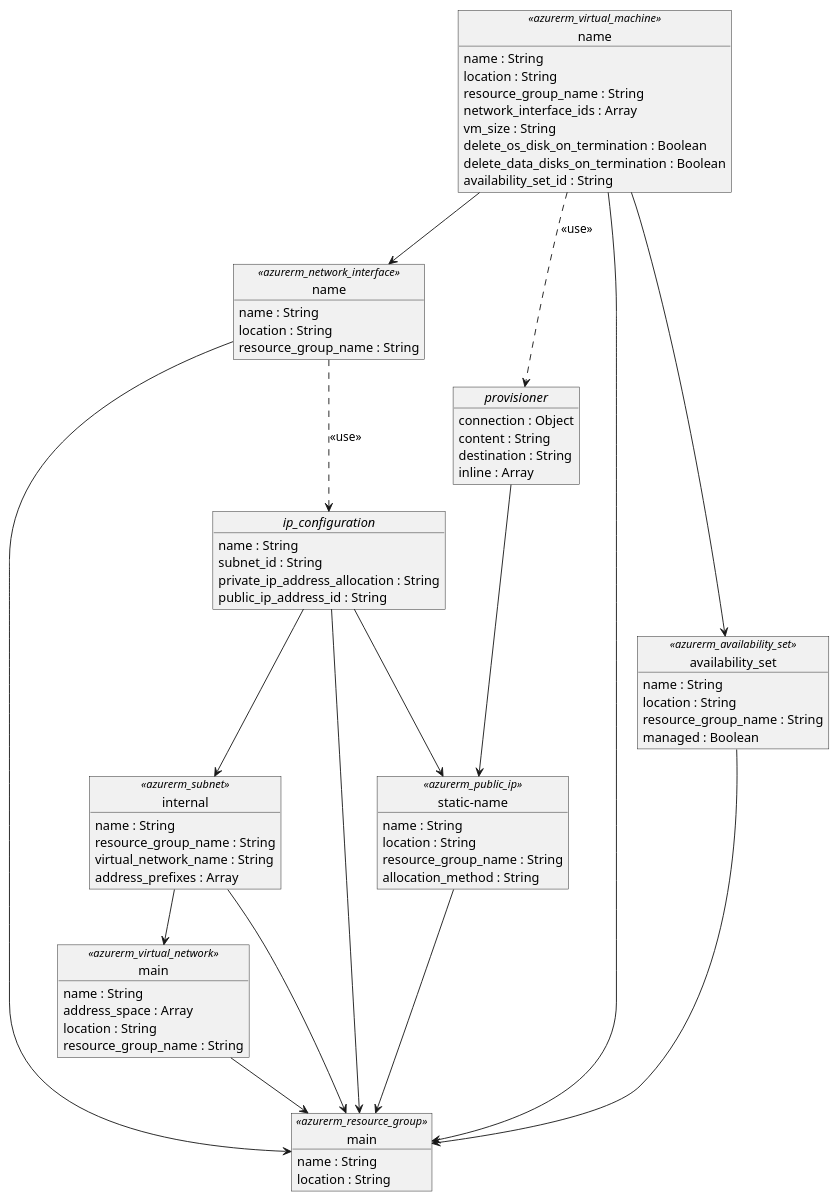
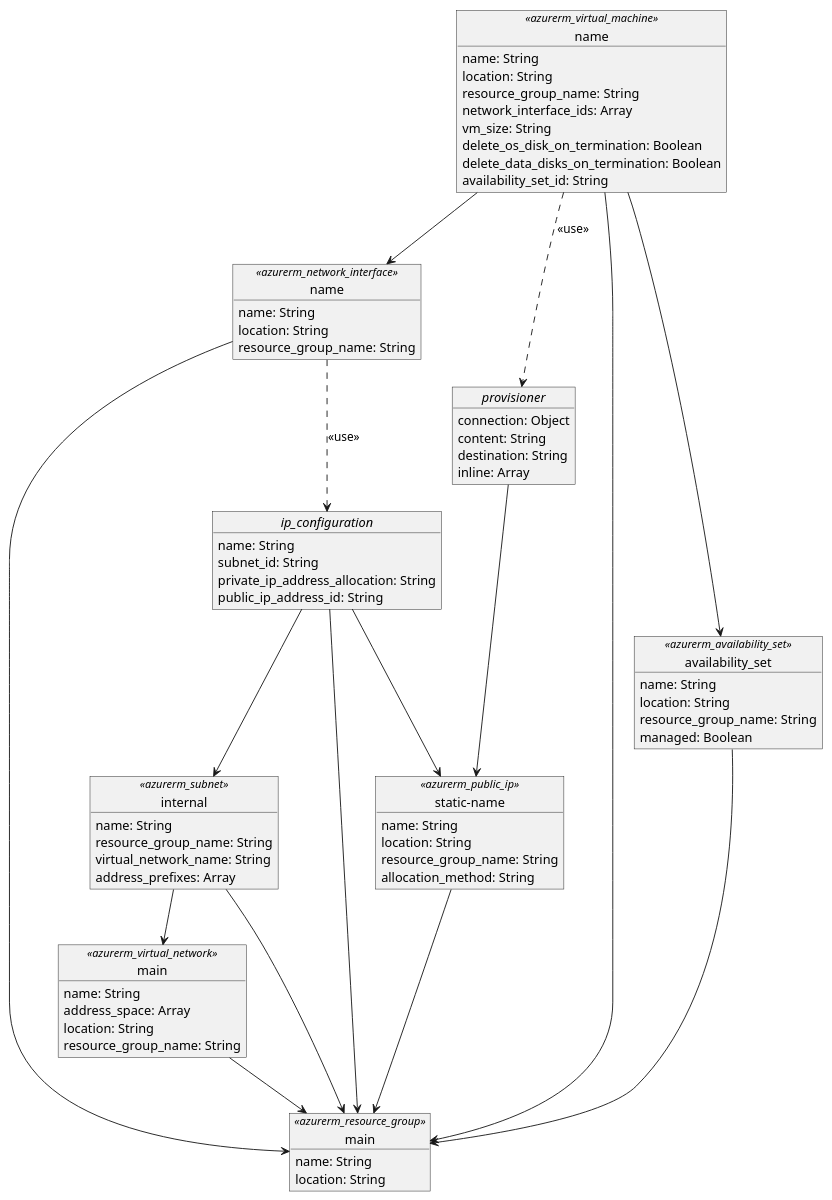
Before and after one commit to tasiomendez/iac-modelling: the diagram in plantuml/azure/terraform.plantuml, drawn with PlantUML. The commit also changed 3 other files, not shown here.

```diff
--- a/plantuml/azure/terraform.plantuml
+++ b/plantuml/azure/terraform.plantuml
@@ -1,127 +1,128 @@
 @startuml terraform
 
 ' Design Configuration
 skinparam monochrome true
+skinparam tabSize 2
 
 ' Network Layer
 object "name" as network_interface <<azurerm_network_interface>> {
-    name : String
-    location : String
-    resource_group_name : String
+    name: String
+    location: String
+    resource_group_name: String
 }
 
 object "main" as virtual_network <<azurerm_virtual_network>> {
-    name : String
-    address_space : Array
-    location : String
-    resource_group_name : String
+    name: String
+    address_space: Array
+    location: String
+    resource_group_name: String
 }
 
 object "internal" as subnet <<azurerm_subnet>> {
-    name : String
-    resource_group_name : String
-    virtual_network_name : String
-    address_prefixes : Array
+    name: String
+    resource_group_name: String
+    virtual_network_name: String
+    address_prefixes: Array
 }
 
 object "static-name" as static_public_ip <<azurerm_public_ip>> {
-    name : String
-    location : String
-    resource_group_name : String
-    allocation_method : String
+    name: String
+    location: String
+    resource_group_name: String
+    allocation_method: String
 }
 
 object "//ip_configuration//" as ip_configuration {
-    name : String
-    subnet_id : String
-    private_ip_address_allocation : String
-    public_ip_address_id : String
+    name: String
+    subnet_id: String
+    private_ip_address_allocation: String
+    public_ip_address_id: String
 }
 
 ' Virtual Machines
 object "name" as vm <<azurerm_virtual_machine>> {
-    name : String
-    location : String
-    resource_group_name : String
-    network_interface_ids : Array
-    vm_size : String
-    delete_os_disk_on_termination : Boolean
-    delete_data_disks_on_termination : Boolean
-    availability_set_id : String
+    name: String
+    location: String
+    resource_group_name: String
+    network_interface_ids: Array
+    vm_size: String
+    delete_os_disk_on_termination: Boolean
+    delete_data_disks_on_termination: Boolean
+    availability_set_id: String
 }
 
 object "//provisioner//" as provisioner {
-    connection : Object
-    content : String
-    destination : String
-    inline : Array
+    connection: Object
+    content: String
+    destination: String
+    inline: Array
 }
 
 /'
 object "//os_profile_linux_config//" as os_profile_linux_config {
     disable_password_authentication :Boolean
-    ssh_keys : Object
+    ssh_keys: Object
 }
 
 object "//storage_os_disk//" as storage_os_disk {
-    name : String
-    caching : String
-    create_option : String
-    managed_disk_type : String
+    name: String
+    caching: String
+    create_option: String
+    managed_disk_type: String
 }
 
 object "//storage_image_reference//" as storage_image_reference {
-    publisher : String
-    offer : String
-    sku : String
-    version : String
+    publisher: String
+    offer: String
+    sku: String
+    version: String
 }
 
 object "//os_profile//" as os_profile {
-    computer_name : String
-    admin_username : String
+    computer_name: String
+    admin_username: String
 }
 '/
 
 object "main" as resource_group <<azurerm_resource_group>> {
-    name : String
-    location : String
+    name: String
+    location: String
 }
 
 object "availability_set" as availability_set <<azurerm_availability_set>> {
-    name : String
-    location : String
-    resource_group_name : String
-    managed : Boolean
+    name: String
+    location: String
+    resource_group_name: String
+    managed: Boolean
 }
 
 ' Relationships
 network_interface --> resource_group
 virtual_network --> resource_group
 subnet --> resource_group
 vm --> resource_group
 availability_set --> resource_group
 static_public_ip --> resource_group
 ip_configuration --> resource_group
 
 /'
 vm ..> os_profile_linux_config : <<use>>
 vm ..> storage_image_reference : <<use>>
 vm ..> os_profile : <<use>>
 vm ..> storage_os_disk : <<use>>
 '/
 vm ..> provisioner : <<use>>
 
 vm --> availability_set
 vm --> network_interface
 
 provisioner --> static_public_ip
 
 ip_configuration --> subnet
 ip_configuration --> static_public_ip
 
 network_interface ..> ip_configuration : <<use>>
 
 subnet --> virtual_network
 
 @enduml
```
